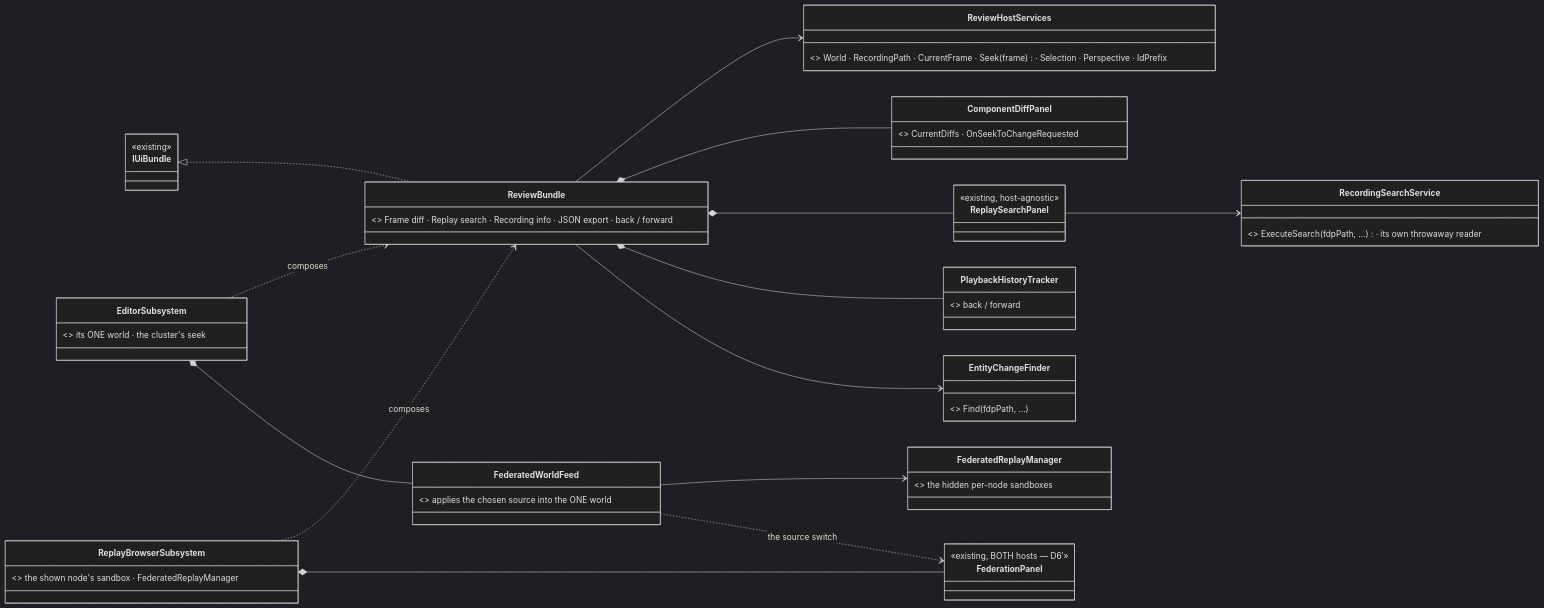
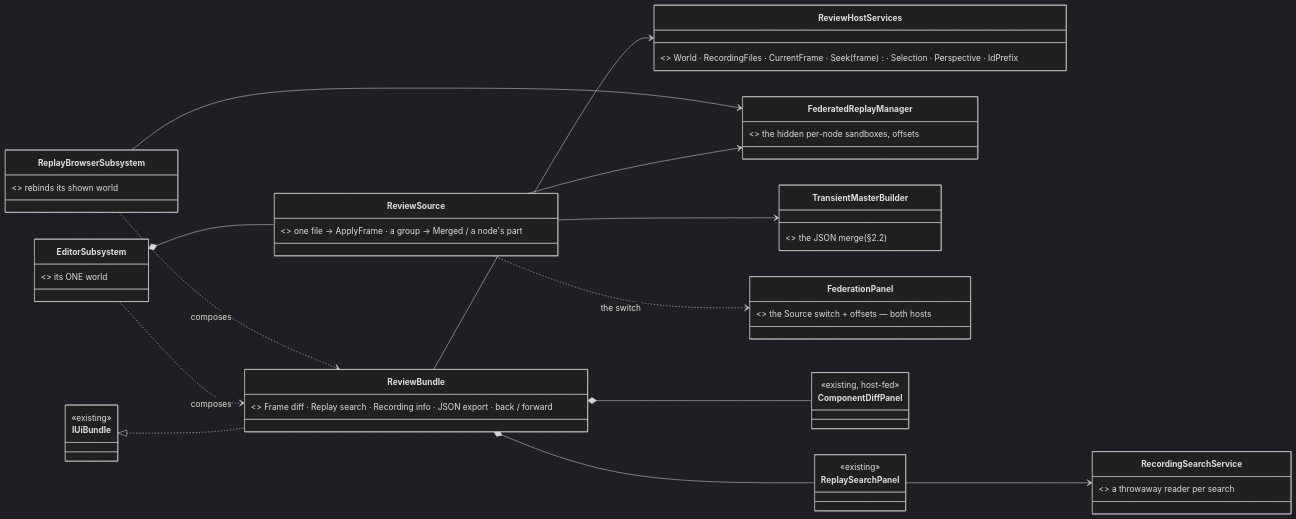
The second of 3 diagrams in docs/UX/DESIGN_Review_Perspective.md (pjanec/HROT), drawn with Mermaid (dark theme) before and after one commit. The commit also changed other lines of this file and 2 other files, not shown here.

First line of the commit message:
Review perspective, third pass (user): all-in-one editor + standalone RB only (a cluster AAR is the debrief); merged by default for participant groups; DAR / per-station / read-only withdrawn; the merge measured - JSON via the scenario serializer, managed components only through translators (M1, Q8)

````diff
--- a/docs/UX/DESIGN_Review_Perspective.md
+++ b/docs/UX/DESIGN_Review_Perspective.md
@@ -124,30 +122,28 @@
 ```mermaid
 classDiagram
     direction LR
     class IUiBundle { <<existing>> }
     class ReviewBundle { <<NEW, Hrot.Editor.AiShared>> Frame diff · Replay search · Recording info · JSON export · back / forward }
-    class ReviewHostServices { <<NEW record>> World · RecordingPath · CurrentFrame · Seek(frame) · Selection · Perspective · IdPrefix }
-    class ComponentDiffPanel { <<existing, host-fed>> CurrentDiffs · OnSeekToChangeRequested }
-    class ReplaySearchPanel { <<existing, host-agnostic>> }
-    class RecordingSearchService { <<existing>> ExecuteSearch(fdpPath, …) · its own throwaway reader }
-    class EntityChangeFinder { <<existing>> Find(fdpPath, …) }
-    class PlaybackHistoryTracker { <<existing>> back / forward }
-    class EditorSubsystem { <<host>> its ONE world · the cluster's seek }
-    class ReplayBrowserSubsystem { <<host>> the shown node's sandbox · FederatedReplayManager }
-    class FederationPanel { <<existing, BOTH hosts — D6′>> }
-    class FederatedWorldFeed { <<NEW, editor>> applies the chosen source into the ONE world }
-    class FederatedReplayManager { <<existing, headless>> the hidden per-node sandboxes }
+    class ReviewHostServices { <<NEW record>> World · RecordingFiles · CurrentFrame · Seek(frame) · Selection · Perspective · IdPrefix }
+    class ReviewSource { <<NEW, editor>> one file → ApplyFrame · a group → Merged / a node's part }
+    class FederatedReplayManager { <<existing, headless>> the hidden per-node sandboxes, offsets }
+    class TransientMasterBuilder { <<existing>> the JSON merge (§2.2) }
+    class FederationPanel { <<existing>> the Source switch + offsets — both hosts }
+    class ComponentDiffPanel { <<existing, host-fed>> }
+    class ReplaySearchPanel { <<existing>> }
+    class RecordingSearchService { <<existing>> a throwaway reader per search }
+    class EditorSubsystem { <<host, all-in-one>> its ONE world }
+    class ReplayBrowserSubsystem { <<host>> rebinds its shown world }
     IUiBundle <|.. ReviewBundle
     ReviewBundle --> ReviewHostServices
     ReviewBundle *-- ComponentDiffPanel
     ReviewBundle *-- ReplaySearchPanel
-    ReviewBundle *-- PlaybackHistoryTracker
     ReplaySearchPanel --> RecordingSearchService
-    ReviewBundle --> EntityChangeFinder
+    EditorSubsystem *-- ReviewSource
+    ReviewSource --> FederatedReplayManager
+    ReviewSource --> TransientMasterBuilder
+    ReviewSource ..> FederationPanel : the switch
     EditorSubsystem ..> ReviewBundle : composes
     ReplayBrowserSubsystem ..> ReviewBundle : composes
-    ReplayBrowserSubsystem *-- FederationPanel
-    EditorSubsystem *-- FederatedWorldFeed
-    FederatedWorldFeed --> FederatedReplayManager
-    FederatedWorldFeed ..> FederationPanel : the source switch
+    ReplayBrowserSubsystem --> FederatedReplayManager
 ```
````
